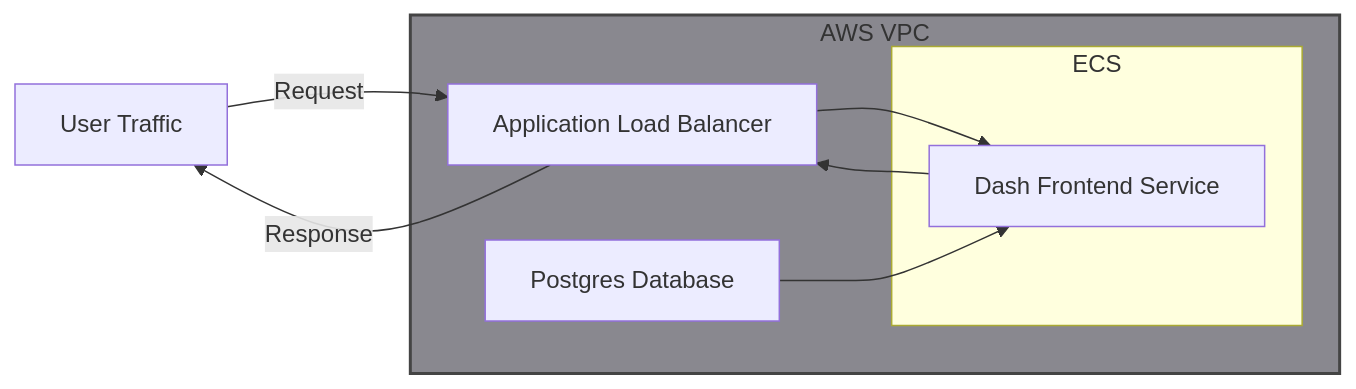
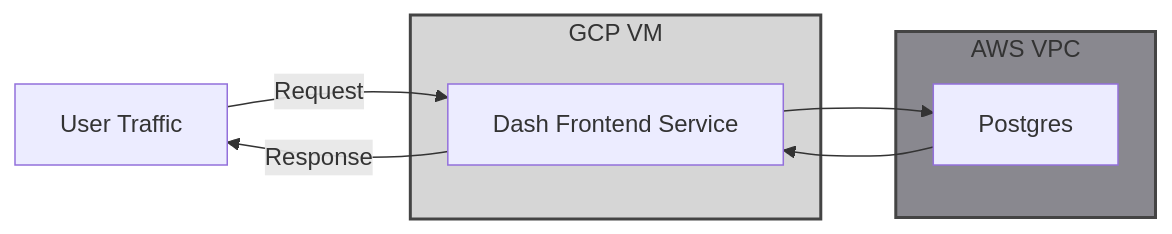
One commit to jyablonski/doqs changed the diagram in src/content/docs/services/dash_frontend.md. Above: the diagram before and after it, drawn with Mermaid. The commit also changed other lines of this file and 11 other files, not shown here.

````diff
--- a/src/content/docs/services/dash_frontend.md
+++ b/src/content/docs/services/dash_frontend.md
@@ -14,17 +14,21 @@
 ``` mermaid
 graph LR
-    User[User Traffic] -->|Request| ALB[Application Load Balancer]
-    ALB -->|Response| User
-    ALB --> DASH[Dash Frontend Service]
-    DASH --> ALB
-    DB[Postgres Database] --> DASH
-    subgraph VPC[AWS VPC]
-        ALB
+    User[User Traffic] -->|Request| DASH[Dash Frontend Service]
+    DASH -->|Response| User
+
+    DASH --> DB[Postgres]
+    DB --> DASH
+
+    subgraph AWS_VPC[AWS VPC]
         DB
-        subgraph ECSBox[ECS]
-            DASH
-        end
     end
 
-  style VPC fill:#89888f,stroke:#444444,stroke-width:2px
+    subgraph GCP[GCP VM]
+        DASH
+    end
+
+    style AWS_VPC fill:#89888f,stroke:#444444,stroke-width:2px
+    style GCP fill:#d6d6d6,stroke:#444444,stroke-width:2px
+
+
 ```
````
